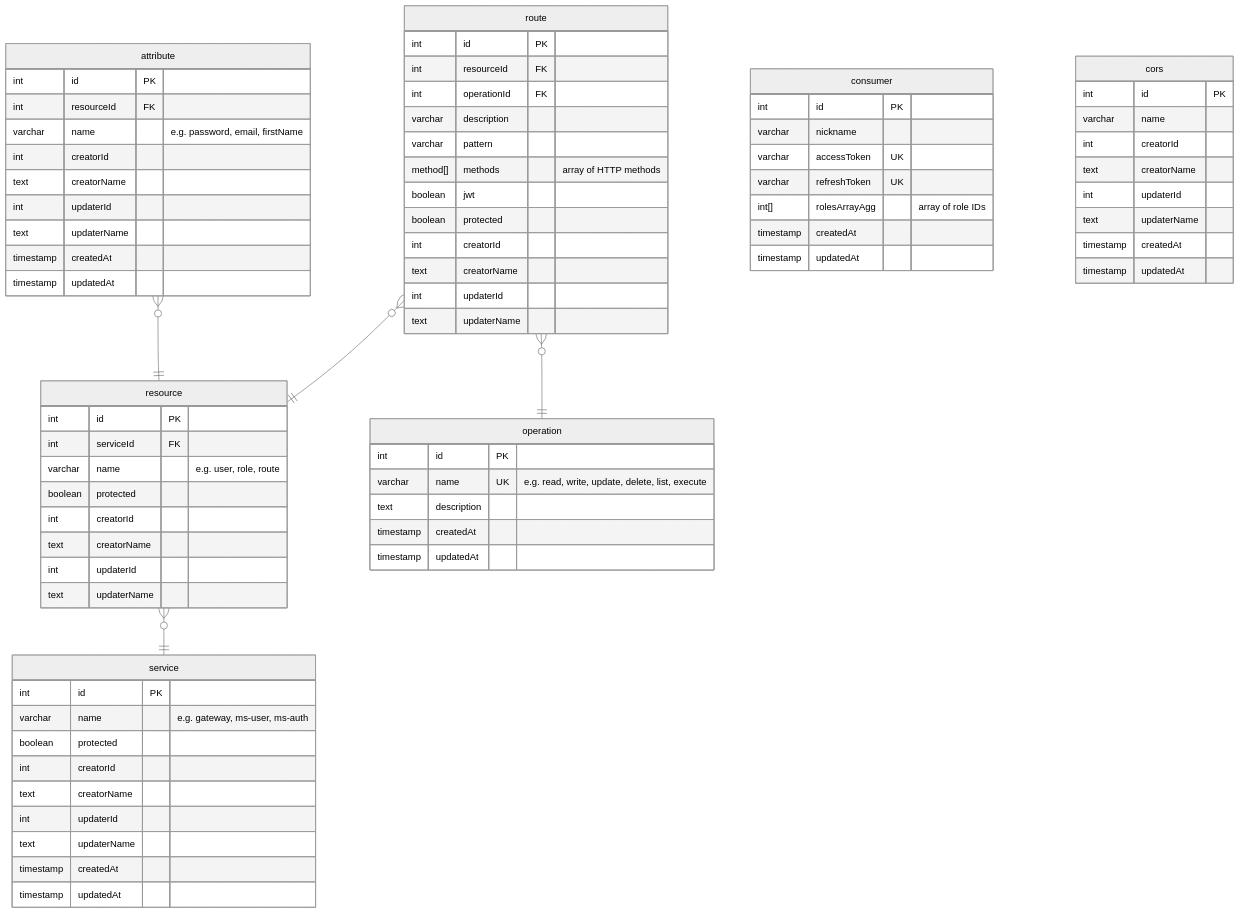
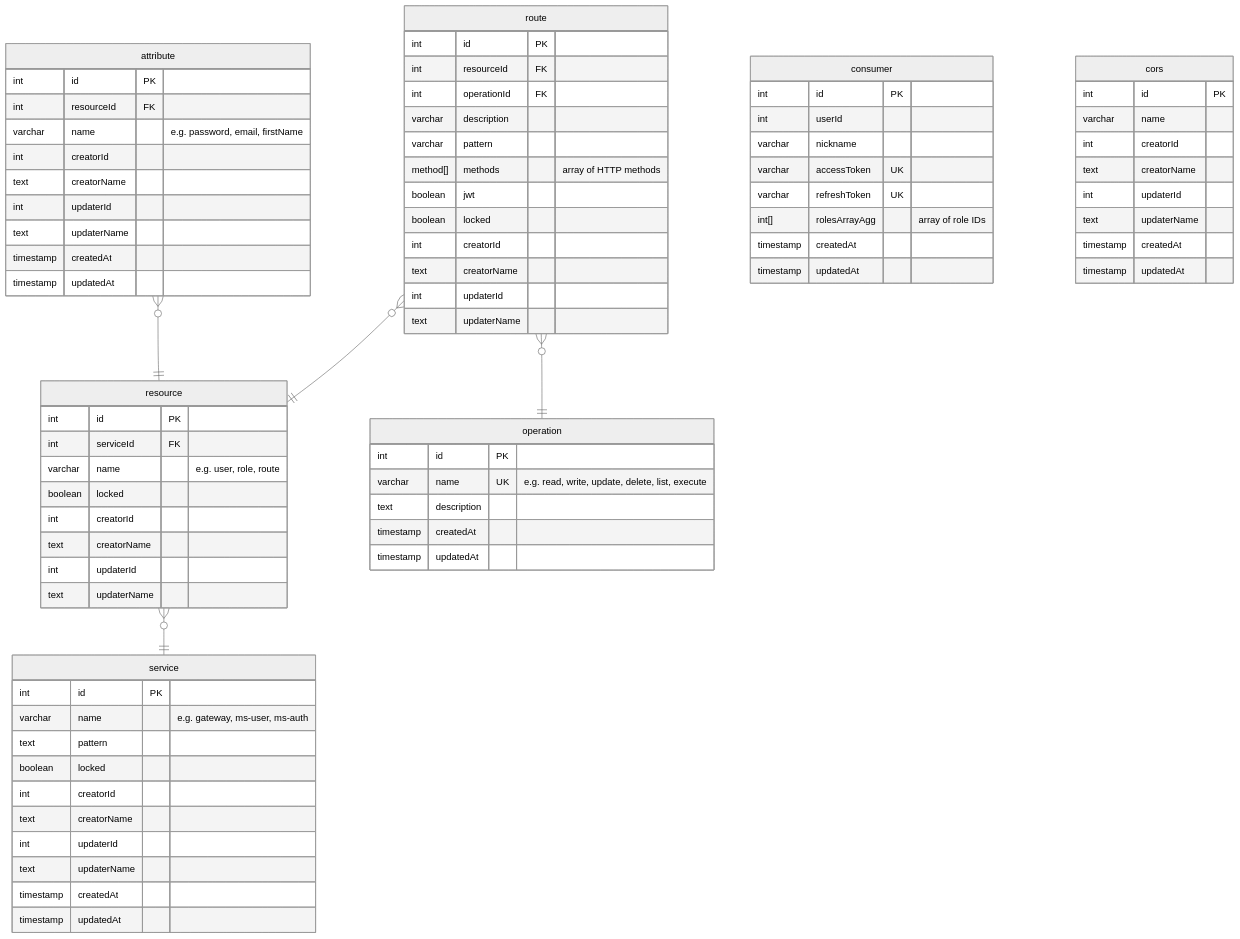
Before and after one commit to ALTEN-group/Gatelin: the diagram in doc/erd.md, drawn with Mermaid (neutral theme). The commit also changed 18 other files, not shown here.

```diff
--- a/doc/erd.md
+++ b/doc/erd.md
@@ -13,6 +13,7 @@
   attribute }o--|| resource : ""
   consumer {
     int id PK
+    int userId
     varchar nickname
     varchar accessToken UK
     varchar refreshToken UK
@@ -24,7 +25,8 @@
   service {
     int id PK
     varchar name "e.g. gateway, ms-user, ms-auth"
-    boolean protected
+    text pattern
+    boolean locked
     int creatorId
     text creatorName
     int updaterId
@@ -48,7 +50,7 @@
     int id PK
     int serviceId FK
     varchar name "e.g. user, role, route"
-    boolean protected
+    boolean locked
     int creatorId
     text creatorName
     int updaterId
@@ -63,7 +65,7 @@
     varchar pattern
     method[] methods "array of HTTP methods"
     boolean jwt
-    boolean protected
+    boolean locked
     int creatorId
     text creatorName
     int updaterId
```
